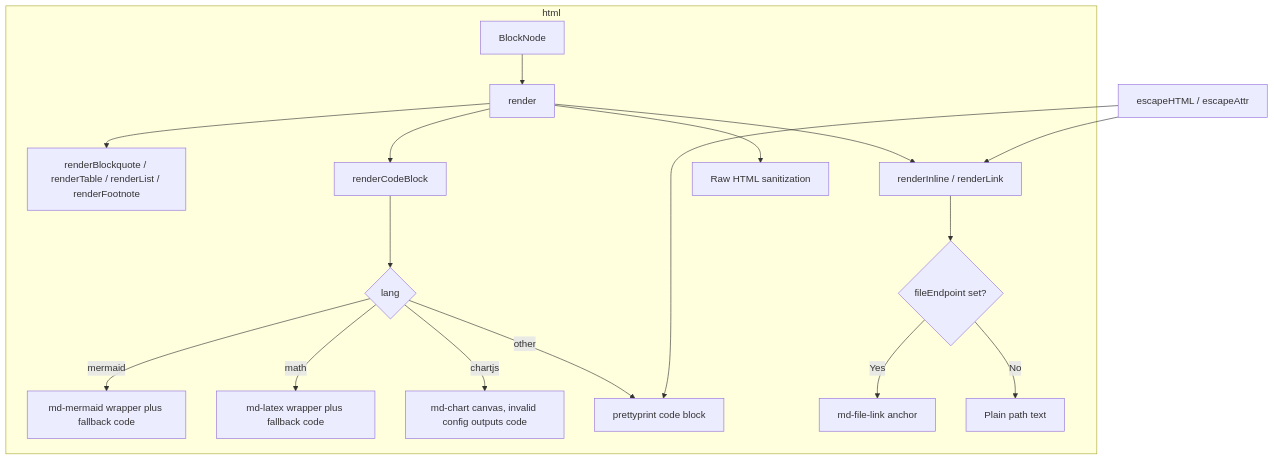
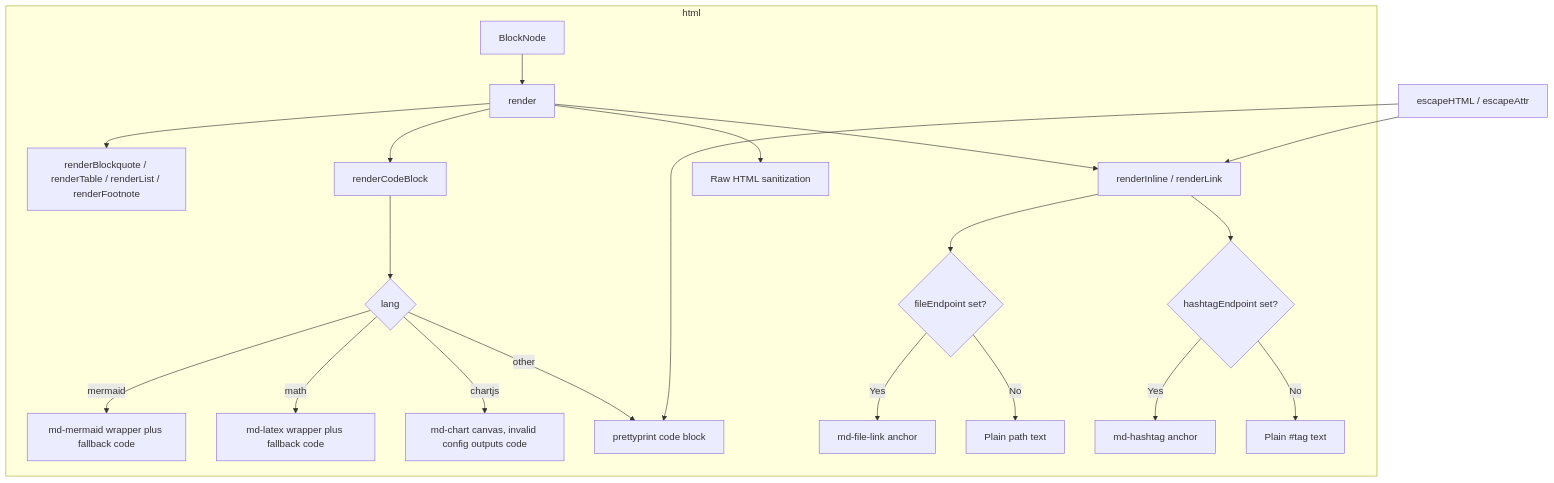
Before and after one commit to pardnchiu/NanoMD: the fifth of 7 diagrams in doc/architecture.md, drawn with Mermaid. The commit also changed 14 other files, not shown here.

````diff
--- a/doc/architecture.md
+++ b/doc/architecture.md
@@ -93,20 +93,23 @@
 ```mermaid
 graph TB
     subgraph html
         Node[BlockNode] --> Render[render]
         Render --> Block[renderBlockquote / renderTable / renderList / renderFootnote]
         Render --> CodeBlock[renderCodeBlock]
         CodeBlock --> Wrap{lang}
         Wrap -->|mermaid| MW[md-mermaid wrapper plus fallback code]
         Wrap -->|math| LW[md-latex wrapper plus fallback code]
         Wrap -->|chartjs| CW[md-chart canvas, invalid config outputs code]
         Wrap -->|other| Pre[prettyprint code block]
         Render --> Inline[renderInline / renderLink]
         Inline --> FileLink{fileEndpoint set?}
         FileLink -->|Yes| FileA[md-file-link anchor]
         FileLink -->|No| FileText[Plain path text]
+        Inline --> TagLink{hashtagEndpoint set?}
+        TagLink -->|Yes| TagA[md-hashtag anchor]
+        TagLink -->|No| TagText[Plain #tag text]
         Render --> Raw[Raw HTML sanitization]
     end
     Escape[escapeHTML / escapeAttr] --> Inline
     Escape --> Pre
 ```
````
